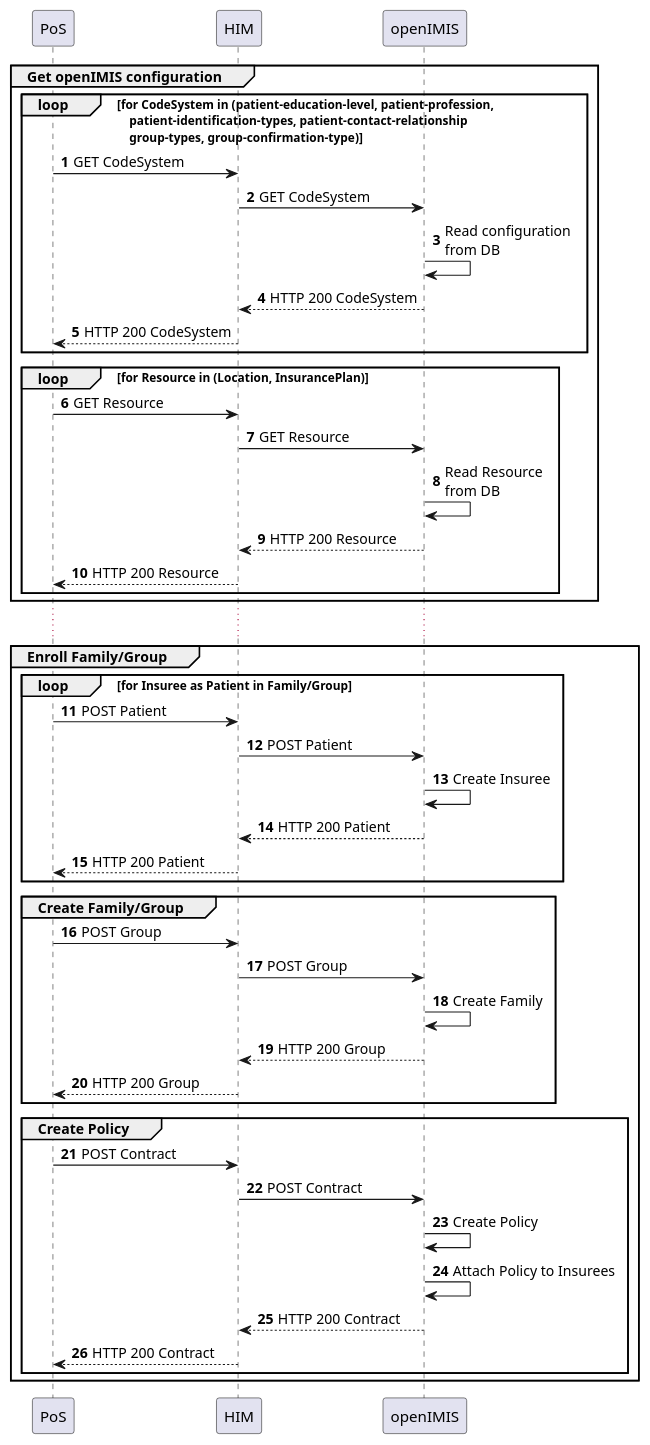
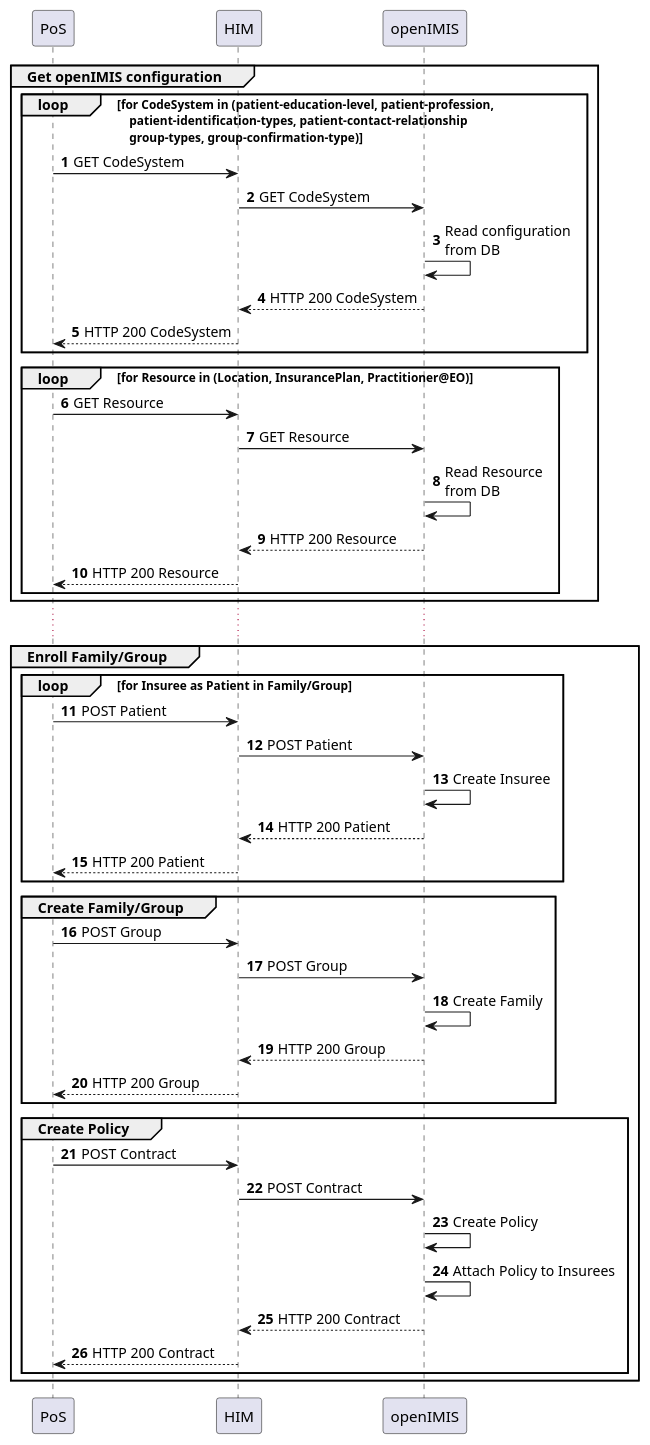
Before and after one commit to openimis/openimis_fhir_r5_ig: the diagram in input/images-source/usecase-enrollment.plantuml, drawn with PlantUML. The commit also changed 3 other files, not shown here.

```diff
--- a/input/images-source/usecase-enrollment.plantuml
+++ b/input/images-source/usecase-enrollment.plantuml
@@ -1,57 +1,57 @@
 @startuml Enrollment
 autonumber
 
 participant "PoS" as pos
 participant "HIM" as him
 participant "openIMIS" as oi 
 
 group Get openIMIS configuration
     loop for CodeSystem in (patient-education-level, patient-profession,\n\
     patient-identification-types, patient-contact-relationship\n\
     group-types, group-confirmation-type)
         pos -> him: GET CodeSystem
         him -> oi: GET CodeSystem 
         oi -> oi: Read configuration \nfrom DB
         him <-- oi: HTTP 200 CodeSystem 
         pos <-- him: HTTP 200 CodeSystem 
     end 
 
-    loop for Resource in (Location, InsurancePlan)
+    loop for Resource in (Location, InsurancePlan, Practitioner@EO)
         pos -> him: GET Resource
         him -> oi: GET Resource 
         oi -> oi: Read Resource \nfrom DB
         him <-- oi: HTTP 200 Resource 
         pos <-- him: HTTP 200 Resource 
     end 
 end
 
 ...
 
 group Enroll Family/Group
 
     loop for Insuree as Patient in Family/Group
         pos -> him: POST Patient
         him -> oi: POST Patient 
         oi -> oi: Create Insuree
         him <-- oi: HTTP 200 Patient 
         pos <-- him: HTTP 200 Patient 
     end
 
     group Create Family/Group
         pos -> him: POST Group
         him -> oi: POST Group 
         oi -> oi: Create Family
         him <-- oi: HTTP 200 Group 
         pos <-- him: HTTP 200 Group
     end
 
     group Create Policy
         pos -> him: POST Contract
         him -> oi: POST Contract 
         oi -> oi: Create Policy
         oi -> oi: Attach Policy to Insurees
         him <-- oi: HTTP 200 Contract 
         pos <-- him: HTTP 200 Contract
     end
 end
 @enduml
```
